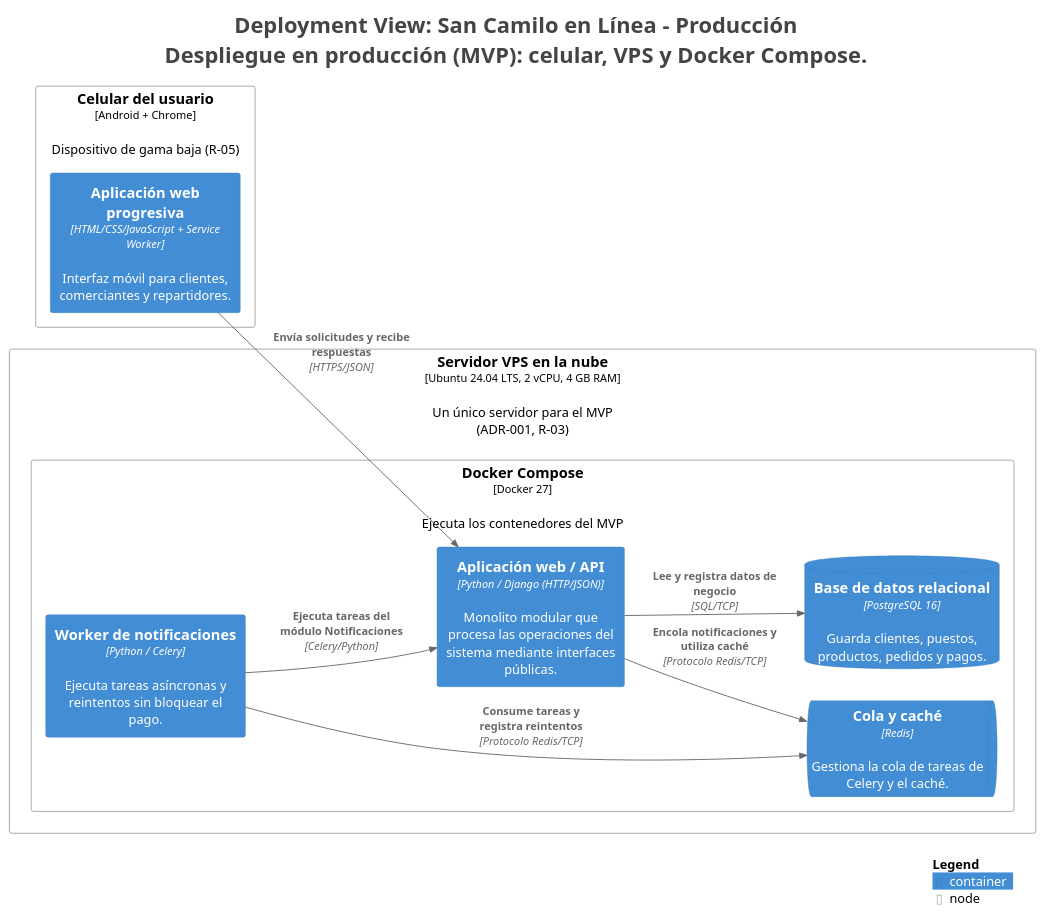
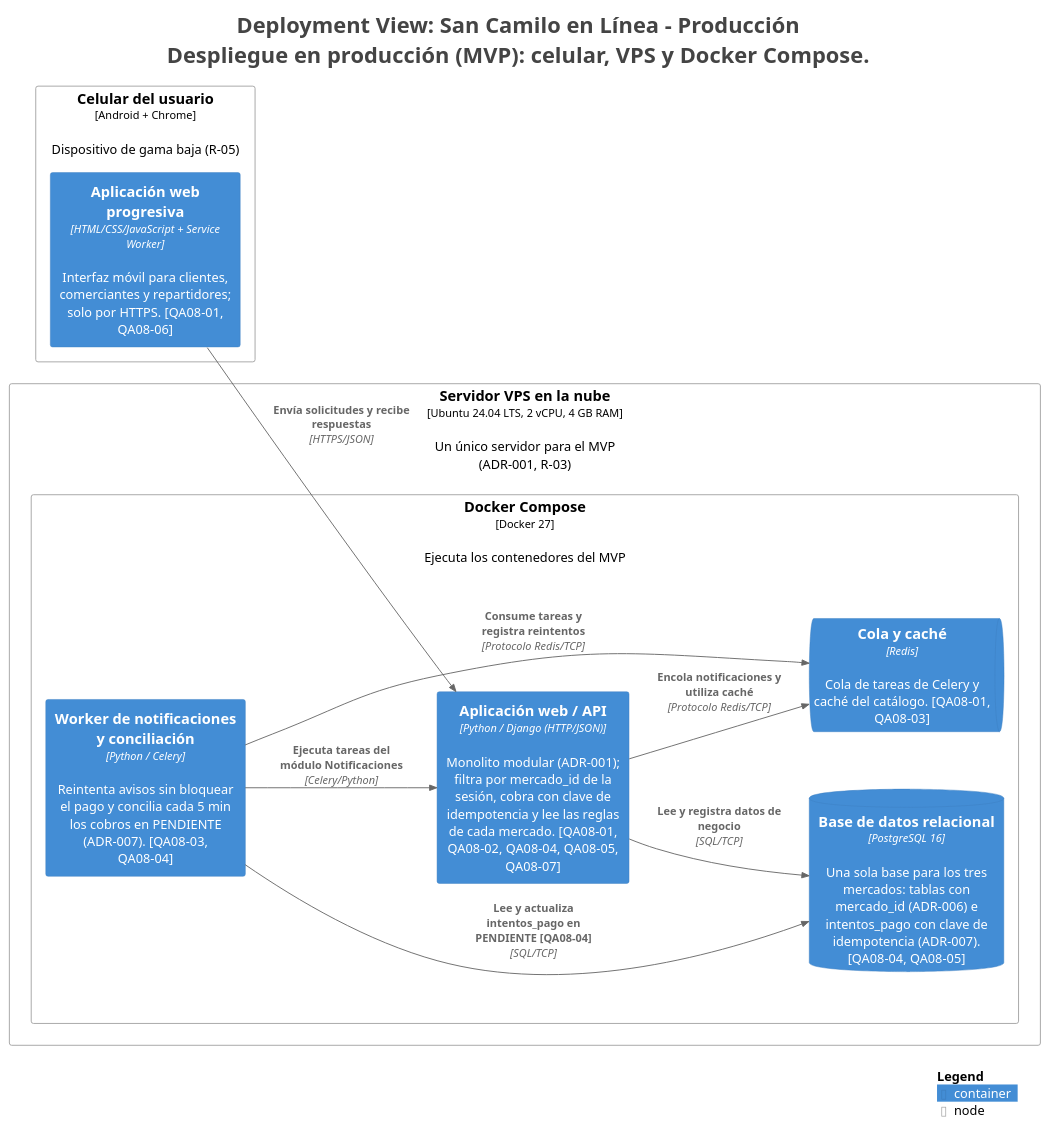
Before and after one commit to paredes1234/cs-2026b-lab04-grupo07: the diagram in docs/architecture/c4/export/Despliegue.puml, drawn with PlantUML. The commit also changed 15 other files, not shown here.

```diff
--- a/docs/architecture/c4/export/Despliegue.puml
+++ b/docs/architecture/c4/export/Despliegue.puml
@@ -1,41 +1,42 @@
 @startuml
 title <size:24>Deployment View: San Camilo en Línea - Producción</size>\n<size:24>Despliegue en producción (MVP): celular, VPS y Docker Compose.</size>
 
 set separator none
 left to right direction
 
 <style>
   root {
     BackgroundColor: #ffffff
     FontColor: #444444
   }
 </style>
 
 !include <C4/C4>
 !include <C4/C4_Context>
 !include <C4/C4_Container>
 !include <C4/C4_Deployment>
 
 Deployment_Node(Producción.Celulardelusuario, "Celular del usuario", $type="Android + Chrome", $descr="Dispositivo de gama baja (R-05)", $tags="", $link="") {
-  Container(Producción.Celulardelusuario.Aplicaciónwebprogresiva_1, "Aplicación web progresiva", $techn="HTML/CSS/JavaScript + Service Worker", $descr="Interfaz móvil para clientes, comerciantes y repartidores.", $tags="", $link="")
+  Container(Producción.Celulardelusuario.Aplicaciónwebprogresiva_1, "Aplicación web progresiva", $techn="HTML/CSS/JavaScript + Service Worker", $descr="Interfaz móvil para clientes, comerciantes y repartidores; solo por HTTPS. [QA08-01, QA08-06]", $tags="", $link="")
 }
 
 Deployment_Node(Producción.ServidorVPSenlanube, "Servidor VPS en la nube", $type="Ubuntu 24.04 LTS, 2 vCPU, 4 GB RAM", $descr="Un único servidor para el MVP (ADR-001, R-03)", $tags="", $link="") {
   Deployment_Node(Producción.ServidorVPSenlanube.DockerCompose, "Docker Compose", $type="Docker 27", $descr="Ejecuta los contenedores del MVP", $tags="", $link="") {
-    Container(Producción.ServidorVPSenlanube.DockerCompose.AplicaciónwebAPI_1, "Aplicación web / API", $techn="Python / Django (HTTP/JSON)", $descr="Monolito modular que procesa las operaciones del sistema mediante interfaces públicas.", $tags="", $link="")
-    Container(Producción.ServidorVPSenlanube.DockerCompose.Workerdenotificaciones_1, "Worker de notificaciones", $techn="Python / Celery", $descr="Ejecuta tareas asíncronas y reintentos sin bloquear el pago.", $tags="", $link="")
-    ContainerDb(Producción.ServidorVPSenlanube.DockerCompose.Basededatosrelacional_1, "Base de datos relacional", $techn="PostgreSQL 16", $descr="Guarda clientes, puestos, productos, pedidos y pagos.", $tags="", $link="")
-    ContainerQueue(Producción.ServidorVPSenlanube.DockerCompose.Colaycaché_1, "Cola y caché", $techn="Redis", $descr="Gestiona la cola de tareas de Celery y el caché.", $tags="", $link="")
+    Container(Producción.ServidorVPSenlanube.DockerCompose.AplicaciónwebAPI_1, "Aplicación web / API", $techn="Python / Django (HTTP/JSON)", $descr="Monolito modular (ADR-001); filtra por mercado_id de la sesión, cobra con clave de idempotencia y lee las reglas de cada mercado. [QA08-01, QA08-02, QA08-04, QA08-05, QA08-07]", $tags="", $link="")
+    Container(Producción.ServidorVPSenlanube.DockerCompose.Workerdenotificacionesyconciliación_1, "Worker de notificaciones y conciliación", $techn="Python / Celery", $descr="Reintenta avisos sin bloquear el pago y concilia cada 5 min los cobros en PENDIENTE (ADR-007). [QA08-03, QA08-04]", $tags="", $link="")
+    ContainerDb(Producción.ServidorVPSenlanube.DockerCompose.Basededatosrelacional_1, "Base de datos relacional", $techn="PostgreSQL 16", $descr="Una sola base para los tres mercados: tablas con mercado_id (ADR-006) e intentos_pago con clave de idempotencia (ADR-007). [QA08-04, QA08-05]", $tags="", $link="")
+    ContainerQueue(Producción.ServidorVPSenlanube.DockerCompose.Colaycaché_1, "Cola y caché", $techn="Redis", $descr="Cola de tareas de Celery y caché del catálogo. [QA08-01, QA08-03]", $tags="", $link="")
   }
 
 }
 
 Rel(Producción.Celulardelusuario.Aplicaciónwebprogresiva_1, Producción.ServidorVPSenlanube.DockerCompose.AplicaciónwebAPI_1, "Envía solicitudes y recibe respuestas", $techn="HTTPS/JSON", $tags="", $link="")
-Rel(Producción.ServidorVPSenlanube.DockerCompose.Workerdenotificaciones_1, Producción.ServidorVPSenlanube.DockerCompose.AplicaciónwebAPI_1, "Ejecuta tareas del módulo Notificaciones", $techn="Celery/Python", $tags="", $link="")
+Rel(Producción.ServidorVPSenlanube.DockerCompose.Workerdenotificacionesyconciliación_1, Producción.ServidorVPSenlanube.DockerCompose.AplicaciónwebAPI_1, "Ejecuta tareas del módulo Notificaciones", $techn="Celery/Python", $tags="", $link="")
 Rel(Producción.ServidorVPSenlanube.DockerCompose.AplicaciónwebAPI_1, Producción.ServidorVPSenlanube.DockerCompose.Basededatosrelacional_1, "Lee y registra datos de negocio", $techn="SQL/TCP", $tags="", $link="")
+Rel(Producción.ServidorVPSenlanube.DockerCompose.Workerdenotificacionesyconciliación_1, Producción.ServidorVPSenlanube.DockerCompose.Basededatosrelacional_1, "Lee y actualiza intentos_pago en PENDIENTE [QA08-04]", $techn="SQL/TCP", $tags="", $link="")
 Rel(Producción.ServidorVPSenlanube.DockerCompose.AplicaciónwebAPI_1, Producción.ServidorVPSenlanube.DockerCompose.Colaycaché_1, "Encola notificaciones y utiliza caché", $techn="Protocolo Redis/TCP", $tags="", $link="")
-Rel(Producción.ServidorVPSenlanube.DockerCompose.Workerdenotificaciones_1, Producción.ServidorVPSenlanube.DockerCompose.Colaycaché_1, "Consume tareas y registra reintentos", $techn="Protocolo Redis/TCP", $tags="", $link="")
+Rel(Producción.ServidorVPSenlanube.DockerCompose.Workerdenotificacionesyconciliación_1, Producción.ServidorVPSenlanube.DockerCompose.Colaycaché_1, "Consume tareas y registra reintentos", $techn="Protocolo Redis/TCP", $tags="", $link="")
 
 SHOW_LEGEND(true)
 hide stereotypes
 @enduml
```
